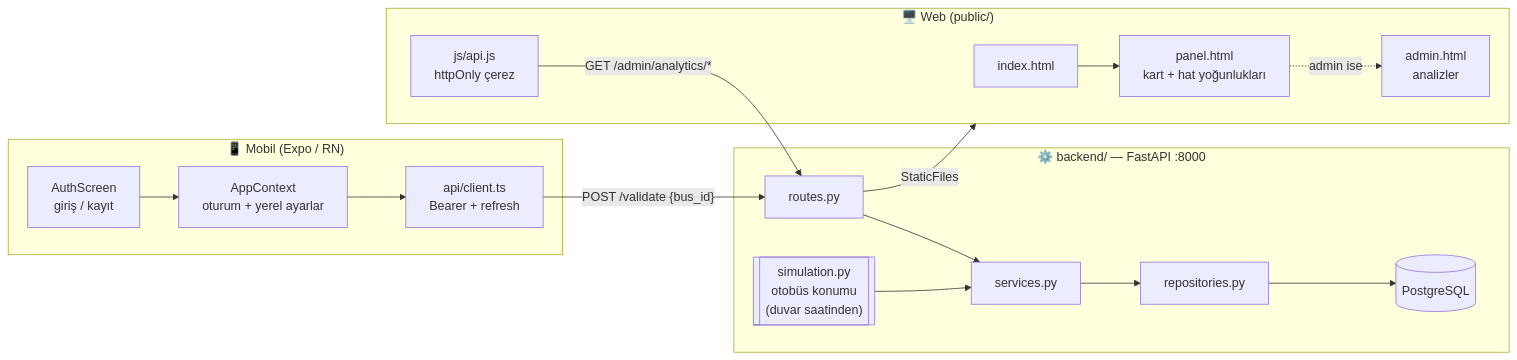
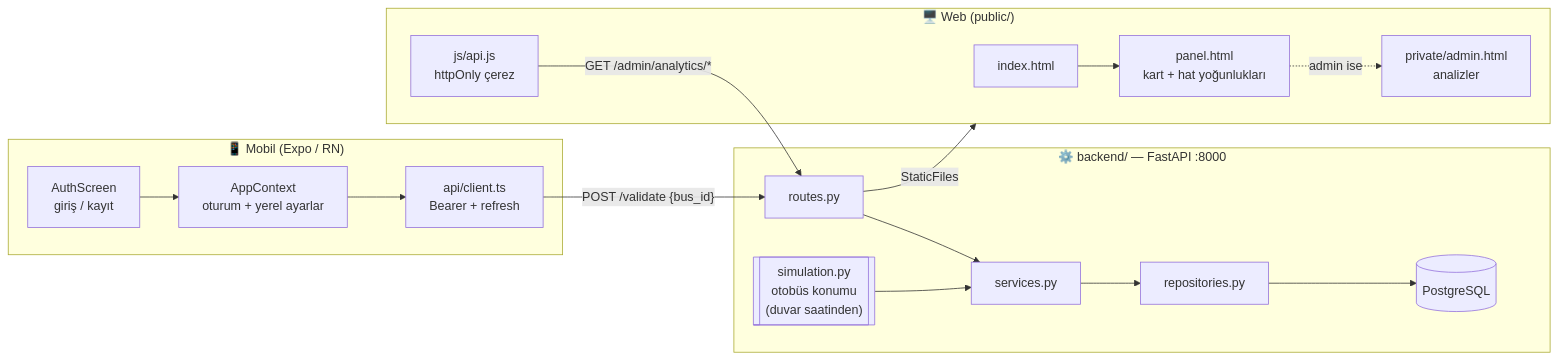
Before and after one commit to OFThub/AkBilSis: the first of 2 diagrams in README.md, drawn with Mermaid. The commit also changed other lines of this file and 1 other file, not shown here.

````diff
--- a/README.md
+++ b/README.md
@@ -15,24 +83,24 @@
 ```mermaid
 flowchart LR
     subgraph Telefon["📱 Mobil (Expo / RN)"]
         AUTH[AuthScreen<br/>giriş / kayıt] --> CTX[AppContext<br/>oturum + yerel ayarlar]
         CTX --> MAPI[api/client.ts<br/>Bearer + refresh]
     end
 
     subgraph Tarayici["🖥️ Web (public/)"]
         LOGIN[index.html] --> PANEL[panel.html<br/>kart + hat yoğunlukları]
-        PANEL -.admin ise.-> ADMIN[admin.html<br/>analizler]
+        PANEL -.admin ise.-> ADMIN[private/admin.html<br/>analizler]
         WAPI[js/api.js<br/>httpOnly çerez]
     end
 
     subgraph Sunucu["⚙️ backend/ — FastAPI :8000"]
         ROUTES[routes.py] --> SERVICES[services.py]
         SERVICES --> REPOS[repositories.py]
         REPOS --> DB[(PostgreSQL)]
         SIM[["simulation.py<br/>otobüs konumu<br/>(duvar saatinden)"]] --> SERVICES
     end
 
     MAPI -- "POST /validate {bus_id}" --> ROUTES
     WAPI -- "GET /admin/analytics/*" --> ROUTES
     ROUTES -- "StaticFiles" --> Tarayici
 ```
````
